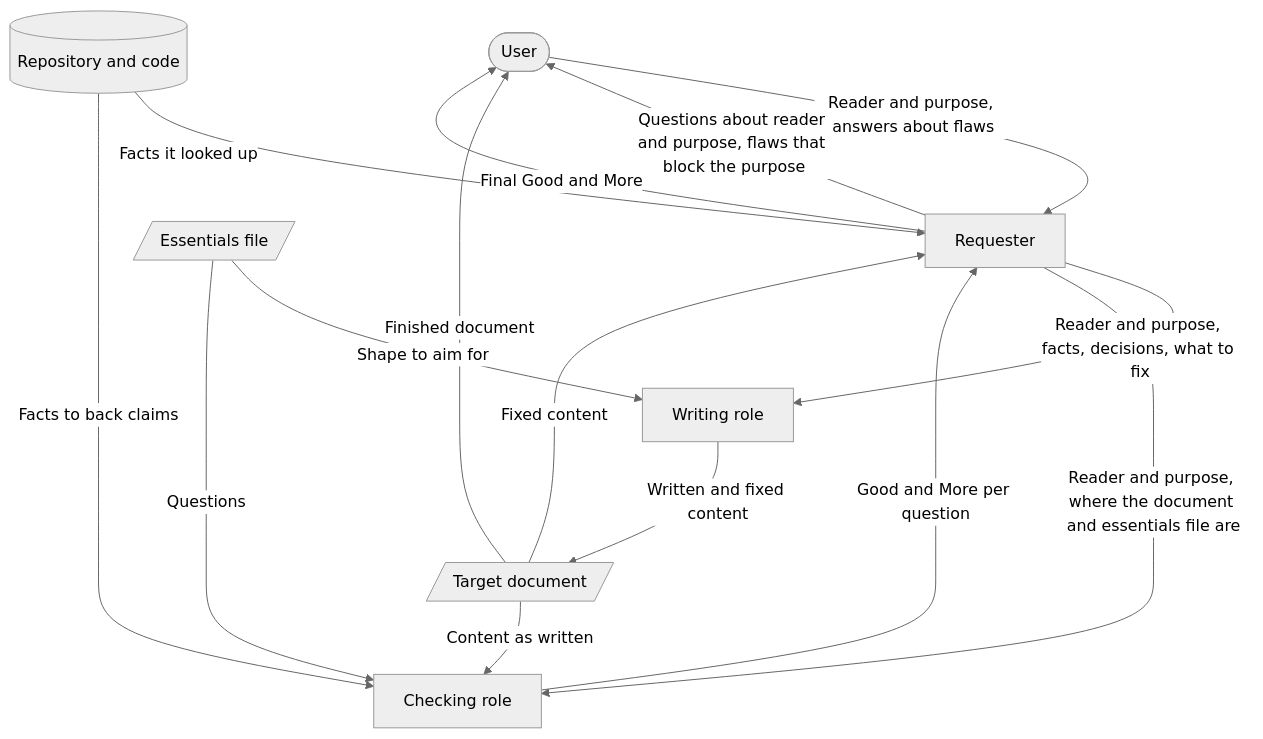
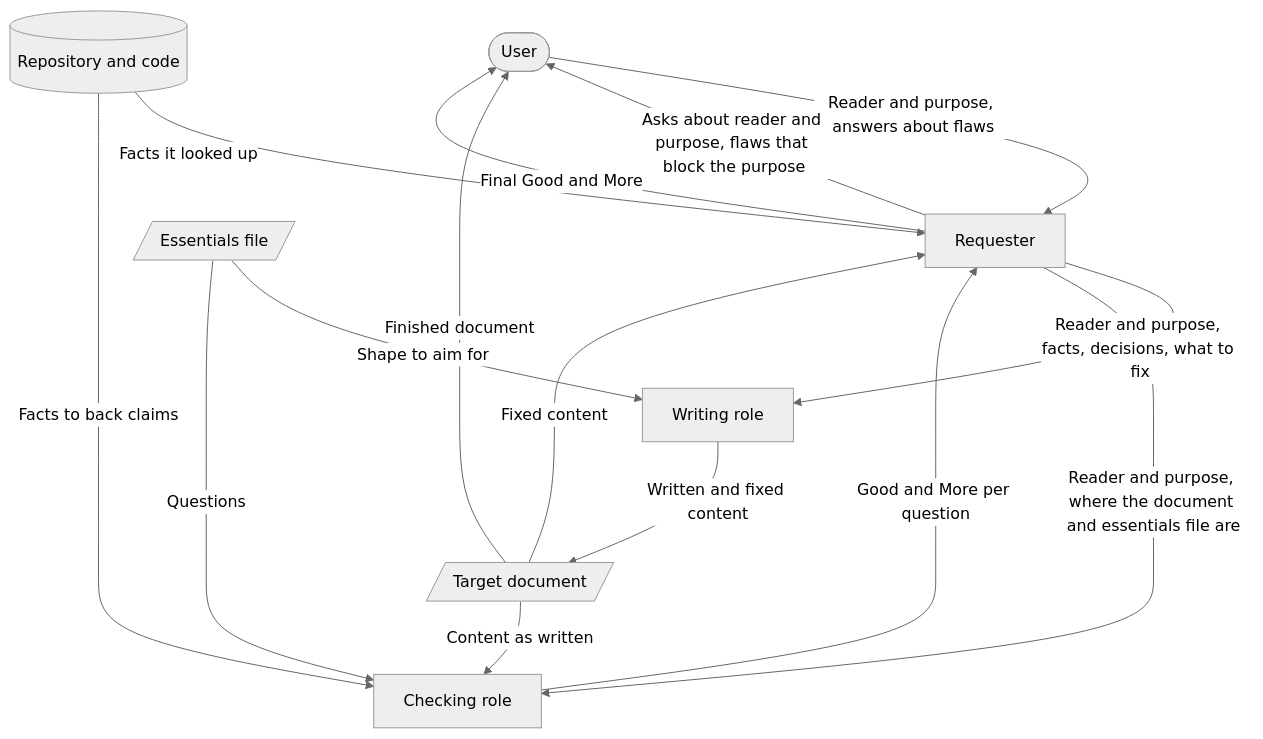
Before and after one commit to lovaizu/ccpm: the first of 4 diagrams in writ/docs/design.md, drawn with Mermaid (neutral theme). The commit also changed other lines of this file and 5 other files, not shown here.

````diff
--- a/writ/docs/design.md
+++ b/writ/docs/design.md
@@ -7,24 +7,24 @@
 ```mermaid
 flowchart TD
   U([User])
   R[Requester]
   S[(Repository and code)]
   W[Writing role]
   E[/Essentials file/]
   F[/Target document/]
   K[Checking role]
   U -->|"Reader and purpose, answers about flaws"| R
-  R -->|"Questions about reader and purpose, flaws that block the purpose"| U
+  R -->|"Asks about reader and purpose, flaws that block the purpose"| U
   S -->|Facts it looked up| R
   R -->|"Reader and purpose, facts, decisions, what to fix"| W
   E -->|Shape to aim for| W
   W -->|Written and fixed content| F
   R -->|"Reader and purpose, where the document and essentials file are"| K
   F -->|Content as written| K
   E -->|Questions| K
   S -->|Facts to back claims| K
   K -->|Good and More per question| R
   F -->|Fixed content| R
   R -->|Final Good and More| U
   F -->|Finished document| U
 ```
````
